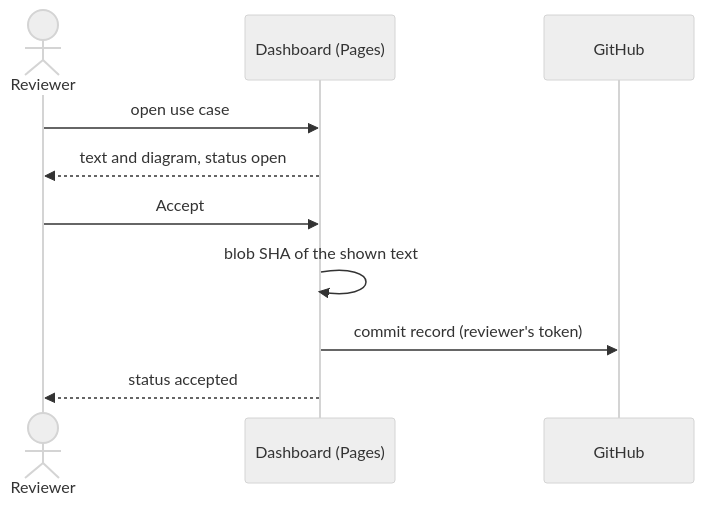
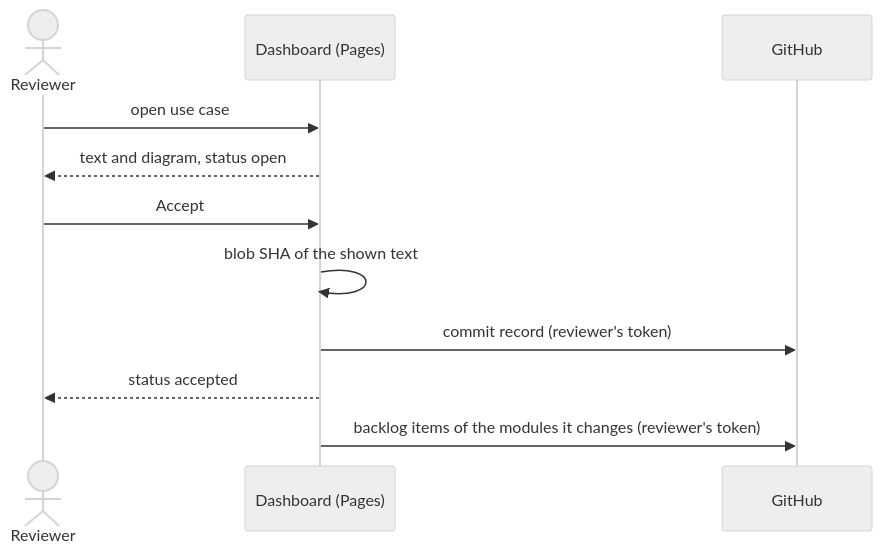
Before and after one commit to akmaier/agent-m: the diagram in docs/use-cases/UC-008-review-and-accept-a-use-case.md, drawn with Mermaid (neutral theme). The commit also changed other lines of this file and 12 other files, not shown here.

First line of the commit message:
spec-freigaben: a change described in the prompt bar is reviewed by its own model; accepting a use case puts the modules it changes into the backlog (open for akmaier); MOD-prompt-bar, MOD-job-runner, UC-008 drafts (UC023-S3, S4)

````diff
--- a/docs/use-cases/UC-008-review-and-accept-a-use-case.md
+++ b/docs/use-cases/UC-008-review-and-accept-a-use-case.md
@@ -49,12 +53,13 @@
 ```mermaid
 sequenceDiagram
     actor R as Reviewer
     participant D as Dashboard (Pages)
     participant G as GitHub
     R->>D: open use case
     D-->>R: text and diagram, status open
     R->>D: Accept
     D->>D: blob SHA of the shown text
     D->>G: commit record (reviewer's token)
     D-->>R: status accepted
+    D->>G: backlog items of the modules it changes (reviewer's token)
 ```
````
